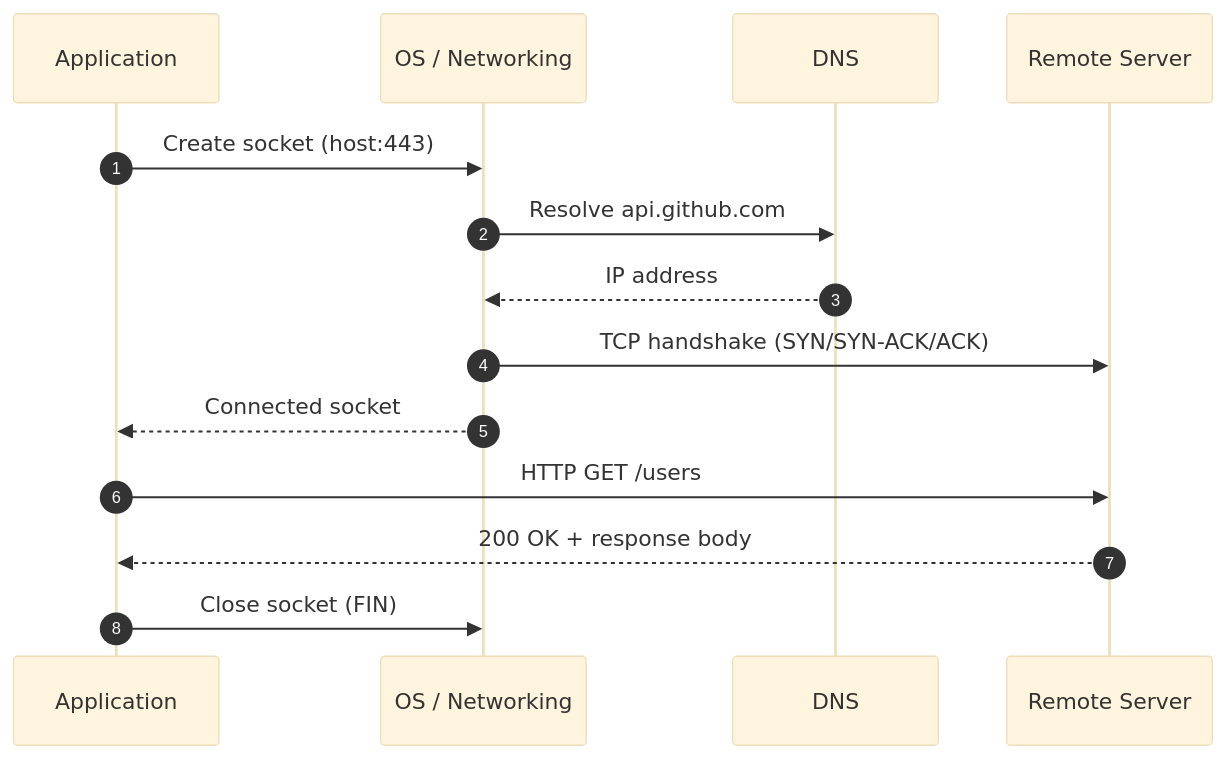
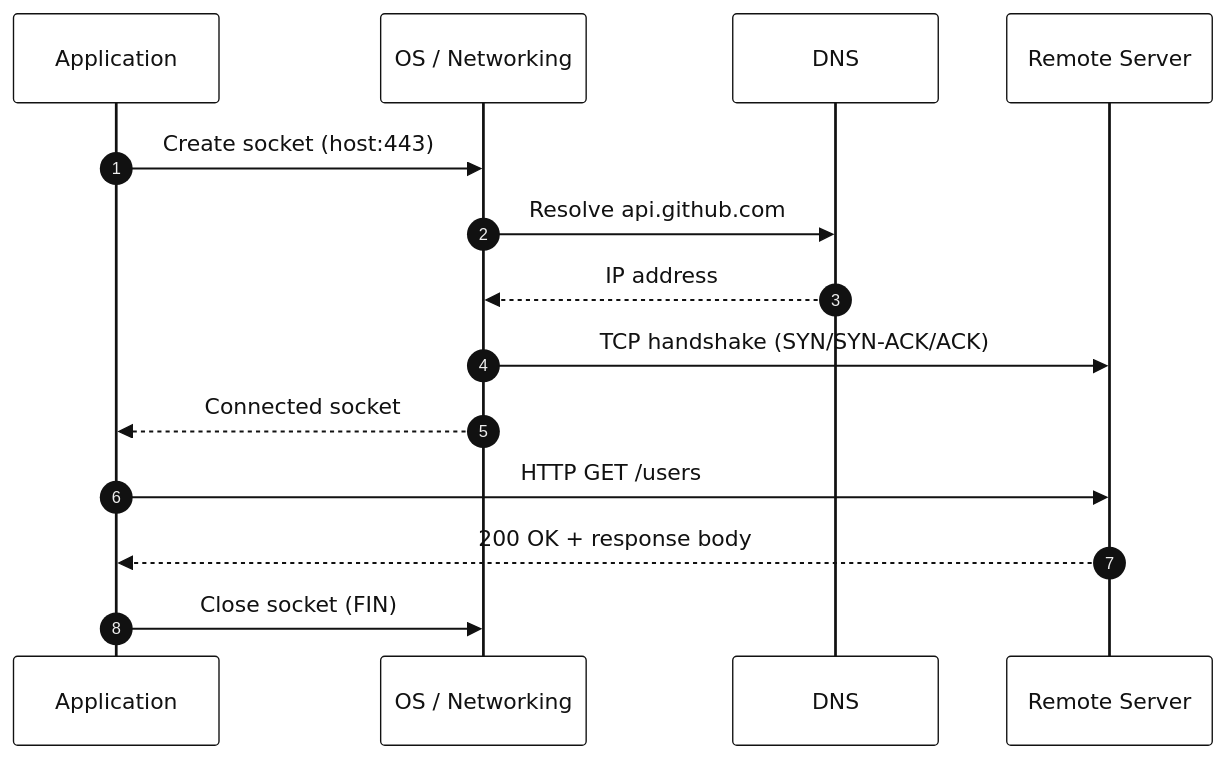
Before and after one commit to hananather/system-design: the fourth of 5 diagrams in sockets.md, drawn with Mermaid. The commit also changed other lines of this file, not shown here.

Commit message:
Force white backgrounds and node fills, add diagram padding and disable max-width scaling to prevent label cutoff; ensure Service A/B nodes render fully

````diff
--- a/sockets.md
+++ b/sockets.md
@@ -59,18 +95,32 @@
 ```mermaid
-%%{init: {'theme': 'base', 'themeVariables': { 'background': '#ffffff', 'fontFamily': 'Inter, ui-sans-serif, system-ui' }}}%%
+%%{init: {
+  'theme': 'base',
+  'themeVariables': {
+    'background': '#ffffff',
+    'primaryColor': '#ffffff',
+    'primaryTextColor': '#111111',
+    'primaryBorderColor': '#111111',
+    'lineColor': '#111111',
+    'edgeLabelBackground': '#ffffff',
+    'actorBkg': '#ffffff',
+    'noteBkgColor': '#ffffff',
+    'altBackground': '#ffffff',
+    'fontFamily': 'Inter, ui-sans-serif, system-ui'
+  }
+}}%%
 sequenceDiagram
   autonumber
   participant App as Application
   participant OS as OS / Networking
   participant DNS as DNS
   participant Srv as Remote Server
 
   App->>OS: Create socket (host:443)
   OS->>DNS: Resolve api.github.com
   DNS-->>OS: IP address
   OS->>Srv: TCP handshake (SYN/SYN-ACK/ACK)
   OS-->>App: Connected socket
   App->>Srv: HTTP GET /users
   Srv-->>App: 200 OK + response body
   App->>OS: Close socket (FIN)
 ```
````
